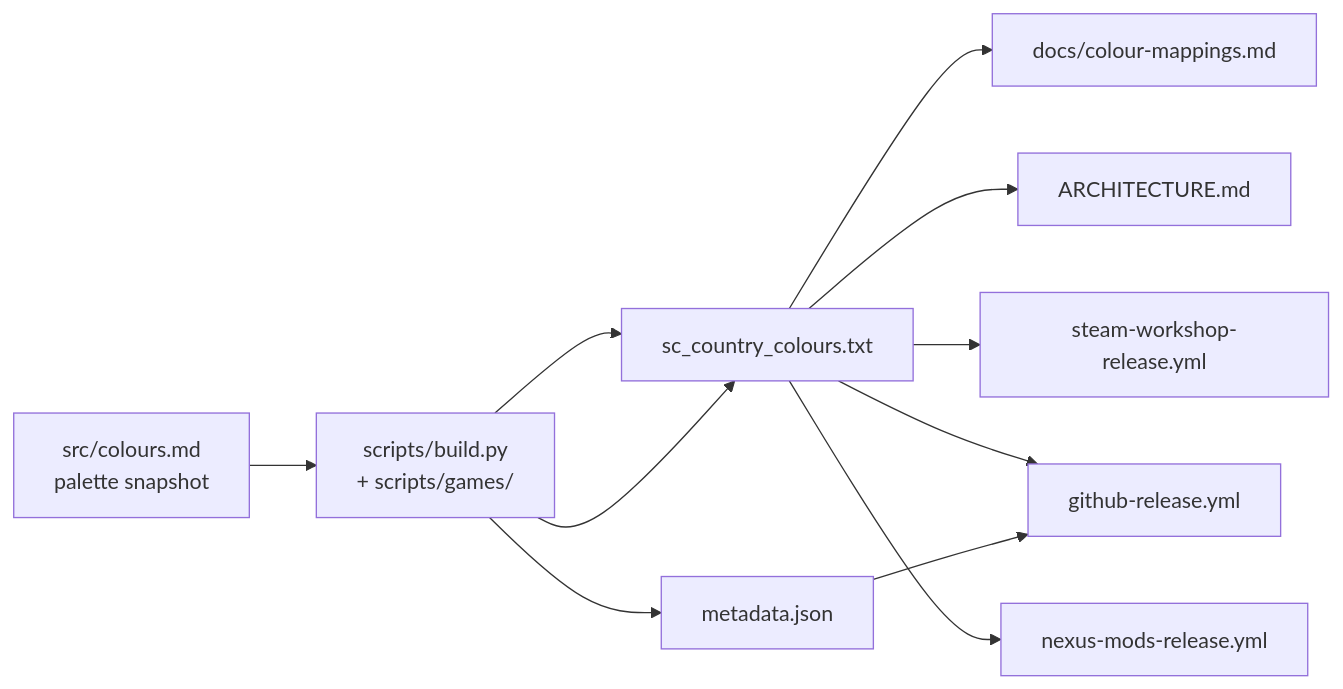
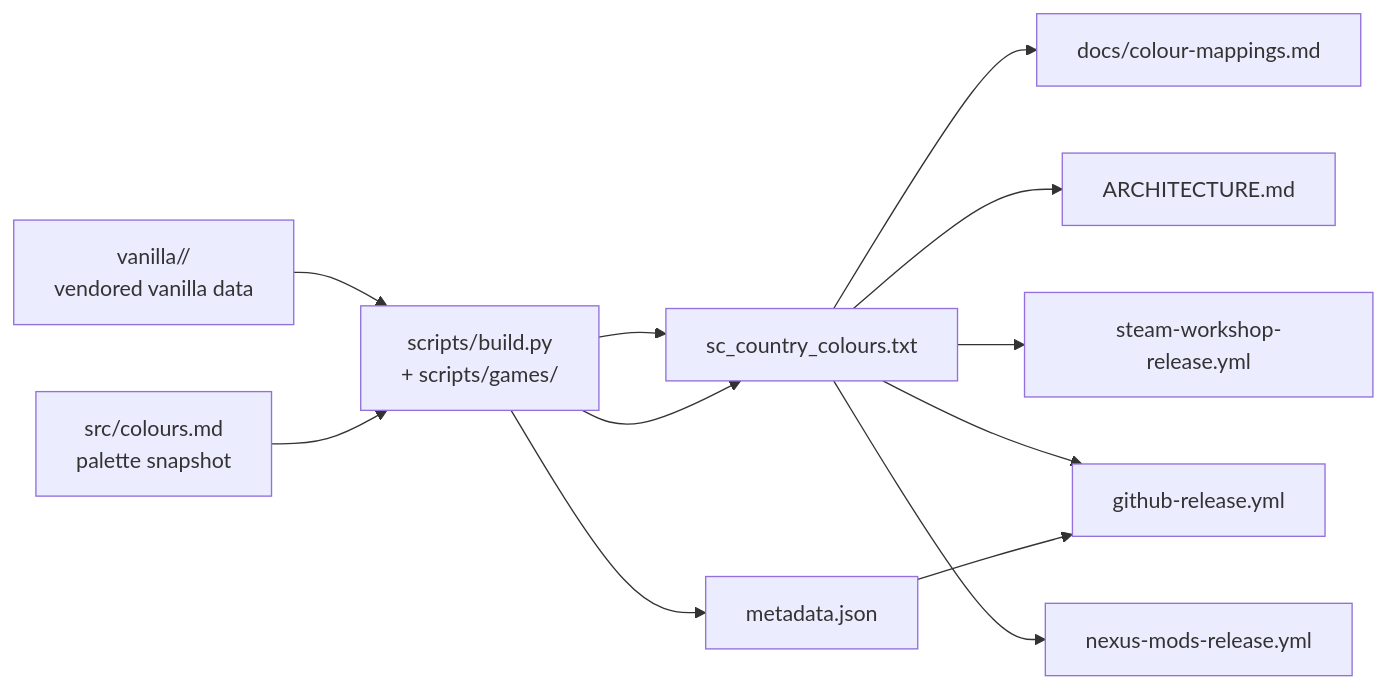
Before and after one commit to hmlendea/standardised-country-colours: the diagram in docs/dependencies.md, drawn with Mermaid. The commit also changed other lines of this file and 38 other files, not shown here.

````diff
--- a/docs/dependencies.md
+++ b/docs/dependencies.md
@@ -34,13 +35,14 @@
 ```mermaid
 flowchart LR
   Palette["src/colours.md<br/>palette snapshot"] --> Build["scripts/build.py<br/>+ scripts/games/<game>"]
+  Vanilla["vanilla/<game>/<br/>vendored vanilla data"] --> Build
   Build --> Content["sc_country_colours.txt"]
   Build --> Meta["metadata.json"]
   Build --> Content
   Content --> Docs["docs/colour-mappings.md"]
   Content --> RootArch["ARCHITECTURE.md"]
   Meta --> Release["github-release.yml"]
   Content --> Release
   Content --> Workshop["steam-workshop-release.yml"]
   Content --> Nexus["nexus-mods-release.yml"]
 ```
````
